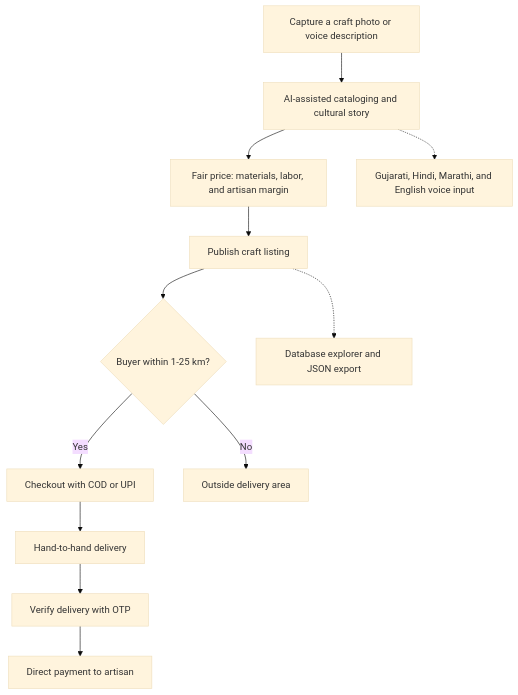
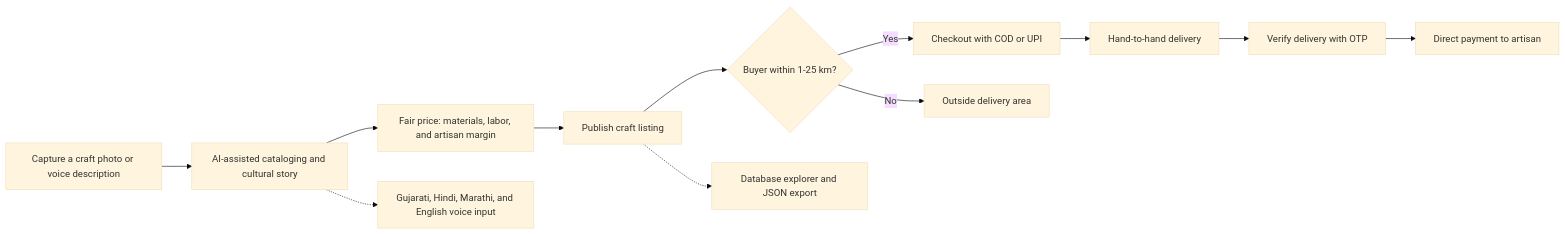
The diagram in README.md (np8-ai/PR-ARTISAN360), drawn with Mermaid (base theme) before and after one commit.

Commit message:
Lay out innovations flowchart in landscape

````diff
--- a/README.md
+++ b/README.md
@@ -29,14 +29,14 @@
 ```mermaid
-flowchart TD
+flowchart LR
     A["Capture a craft photo or voice description"] --> B["AI-assisted cataloging and cultural story"]
     B --> C["Fair price: materials, labor, and artisan margin"]
     C --> D["Publish craft listing"]
     D --> E{"Buyer within 1-25 km?"}
     E -->|Yes| F["Checkout with COD or UPI"]
     E -->|No| X["Outside delivery area"]
     F --> G["Hand-to-hand delivery"]
     G --> H["Verify delivery with OTP"]
     H --> I["Direct payment to artisan"]
     B -.-> J["Gujarati, Hindi, Marathi, and English voice input"]
     D -.-> K["Database explorer and JSON export"]
 ```
````
